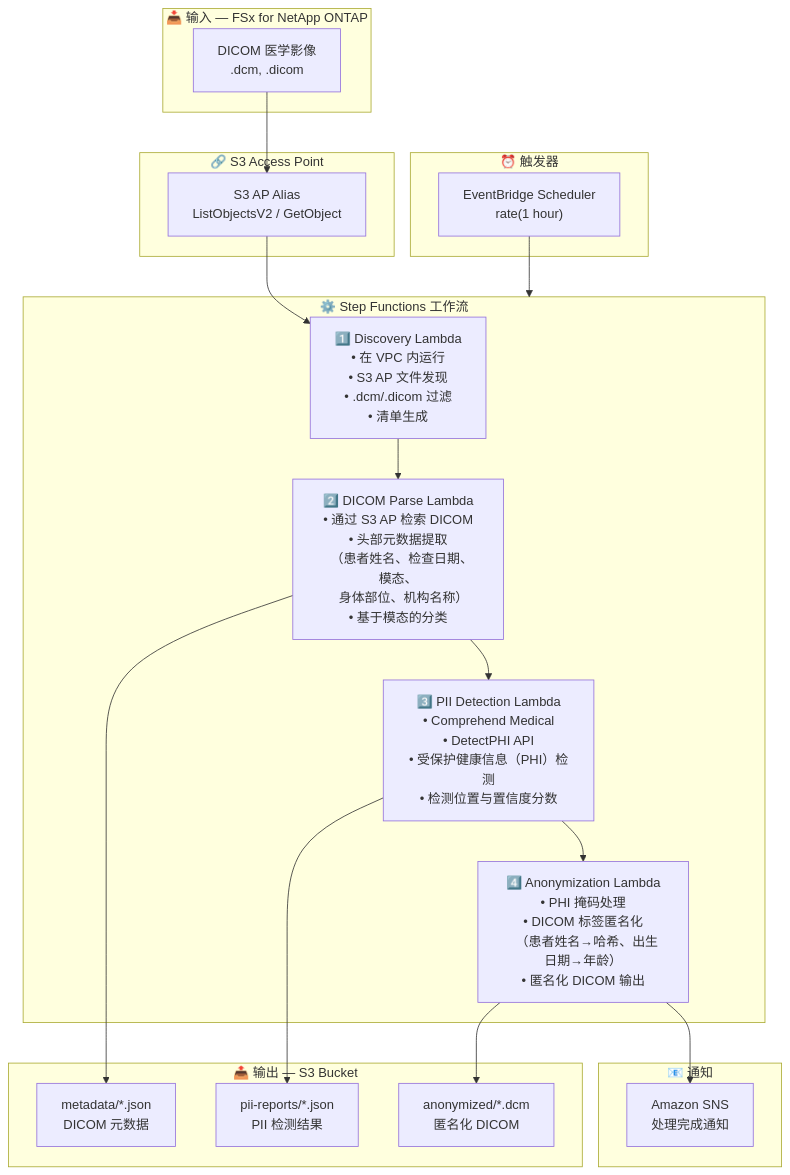
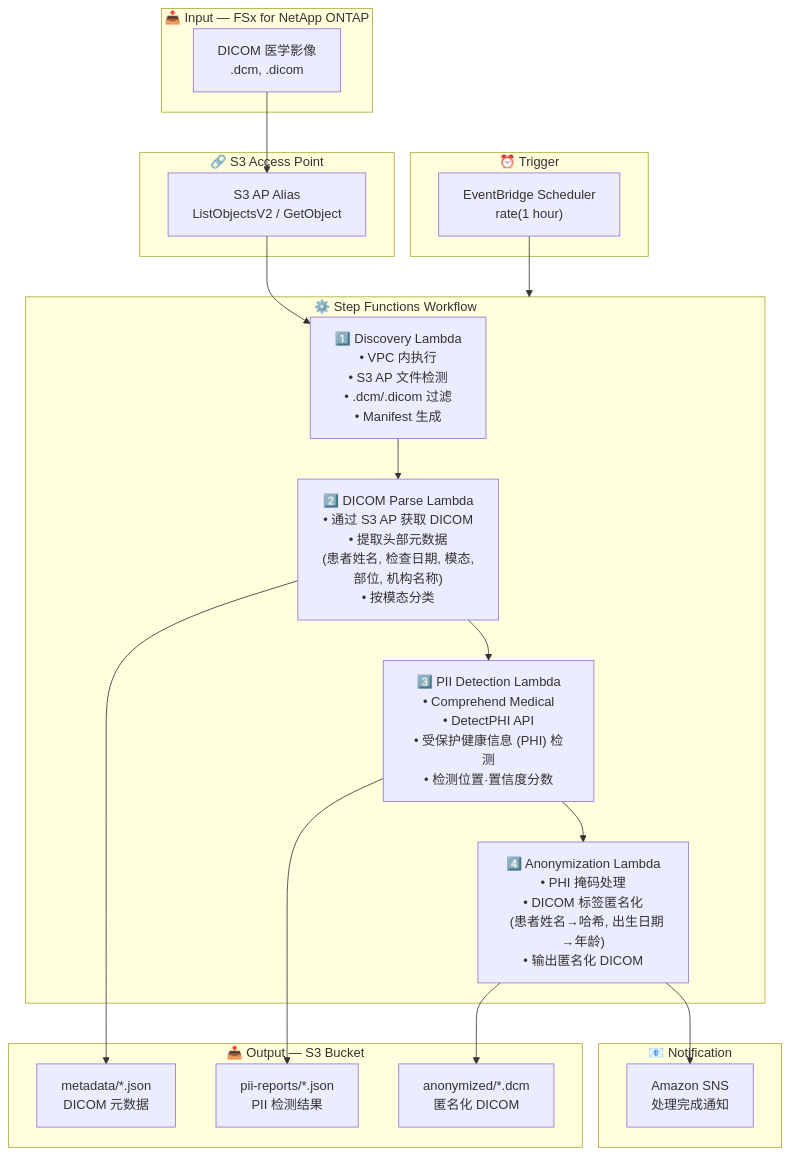
One commit to Yoshiki0705/FSx-for-ONTAP-S3AccessPoints-Serverless-Patterns changed the diagram in healthcare-dicom/docs/architecture.zh-CN.md. Above: the diagram before and after it, drawn with Mermaid. The commit also changed other lines of this file and 54 other files, not shown here.

````diff
--- a/healthcare-dicom/docs/architecture.zh-CN.md
+++ b/healthcare-dicom/docs/architecture.zh-CN.md
@@ -11,42 +13,42 @@
 ```mermaid
 flowchart TB
-    subgraph INPUT["📥 输入 — FSx for NetApp ONTAP"]
+    subgraph INPUT["📥 Input — FSx for NetApp ONTAP"]
         DICOM["DICOM 医学影像<br/>.dcm, .dicom"]
     end
 
     subgraph S3AP["🔗 S3 Access Point"]
         ALIAS["S3 AP Alias<br/>ListObjectsV2 / GetObject"]
     end
 
-    subgraph TRIGGER["⏰ 触发器"]
+    subgraph TRIGGER["⏰ Trigger"]
         EB["EventBridge Scheduler<br/>rate(1 hour)"]
     end
 
-    subgraph SFN["⚙️ Step Functions 工作流"]
-        DISC["1️⃣ Discovery Lambda<br/>• 在 VPC 内运行<br/>• S3 AP 文件发现<br/>• .dcm/.dicom 过滤<br/>• 清单生成"]
-        DP["2️⃣ DICOM Parse Lambda<br/>• 通过 S3 AP 检索 DICOM<br/>• 头部元数据提取<br/>  （患者姓名、检查日期、模态、<br/>   身体部位、机构名称）<br/>• 基于模态的分类"]
-        PII["3️⃣ PII Detection Lambda<br/>• Comprehend Medical<br/>• DetectPHI API<br/>• 受保护健康信息（PHI）检测<br/>• 检测位置与置信度分数"]
-        ANON["4️⃣ Anonymization Lambda<br/>• PHI 掩码处理<br/>• DICOM 标签匿名化<br/>  （患者姓名→哈希、出生日期→年龄）<br/>• 匿名化 DICOM 输出"]
+    subgraph SFN["⚙️ Step Functions Workflow"]
+        DISC["1️⃣ Discovery Lambda<br/>• VPC 内执行<br/>• S3 AP 文件检测<br/>• .dcm/.dicom 过滤<br/>• Manifest 生成"]
+        DP["2️⃣ DICOM Parse Lambda<br/>• 通过 S3 AP 获取 DICOM<br/>• 提取头部元数据<br/>  (患者姓名, 检查日期, 模态,<br/>   部位, 机构名称)<br/>• 按模态分类"]
+        PII["3️⃣ PII Detection Lambda<br/>• Comprehend Medical<br/>• DetectPHI API<br/>• 受保护健康信息 (PHI) 检测<br/>• 检测位置·置信度分数"]
+        ANON["4️⃣ Anonymization Lambda<br/>• PHI 掩码处理<br/>• DICOM 标签匿名化<br/>  (患者姓名→哈希, 出生日期→年龄)<br/>• 输出匿名化 DICOM"]
     end
 
-    subgraph OUTPUT["📤 输出 — S3 Bucket"]
+    subgraph OUTPUT["📤 Output — S3 Bucket"]
         META["metadata/*.json<br/>DICOM 元数据"]
         PIIR["pii-reports/*.json<br/>PII 检测结果"]
         ANOND["anonymized/*.dcm<br/>匿名化 DICOM"]
     end
 
-    subgraph NOTIFY["📧 通知"]
+    subgraph NOTIFY["📧 Notification"]
         SNS["Amazon SNS<br/>处理完成通知"]
     end
 
     DICOM --> ALIAS
     ALIAS --> DISC
     EB --> SFN
     DISC --> DP
     DP --> PII
     PII --> ANON
     DP --> META
     PII --> PIIR
     ANON --> ANOND
     ANON --> SNS
 ```
````
